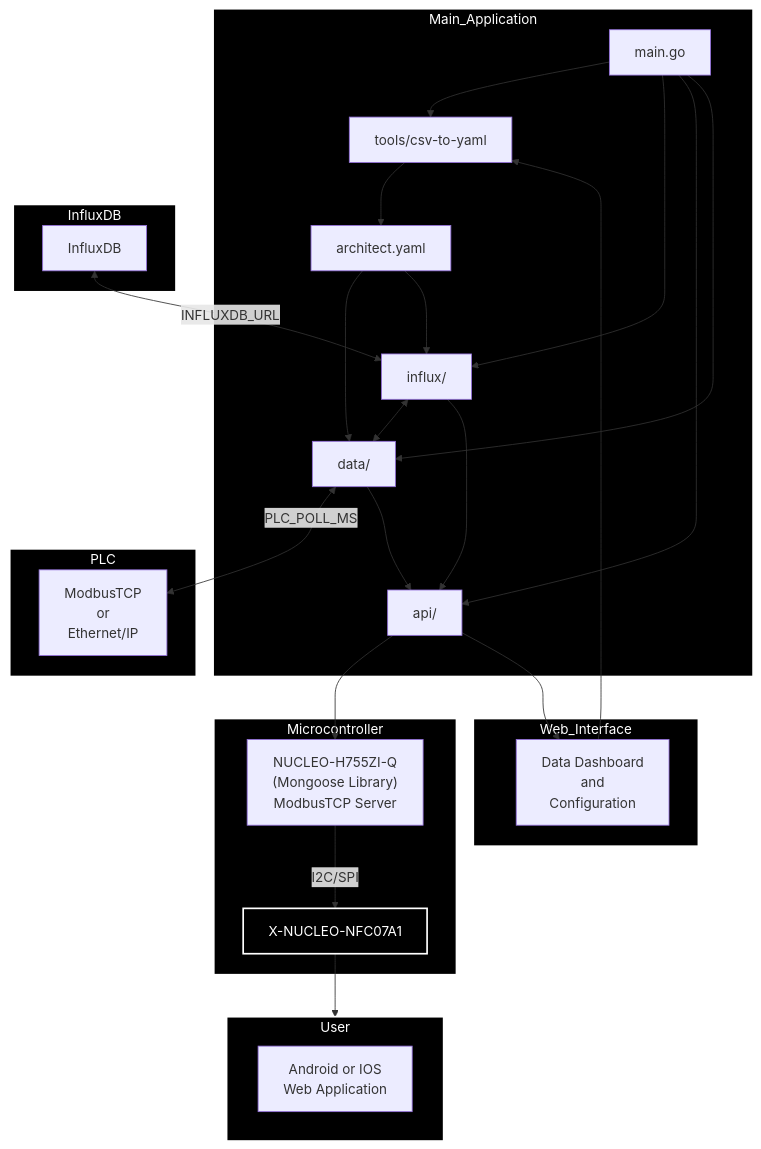
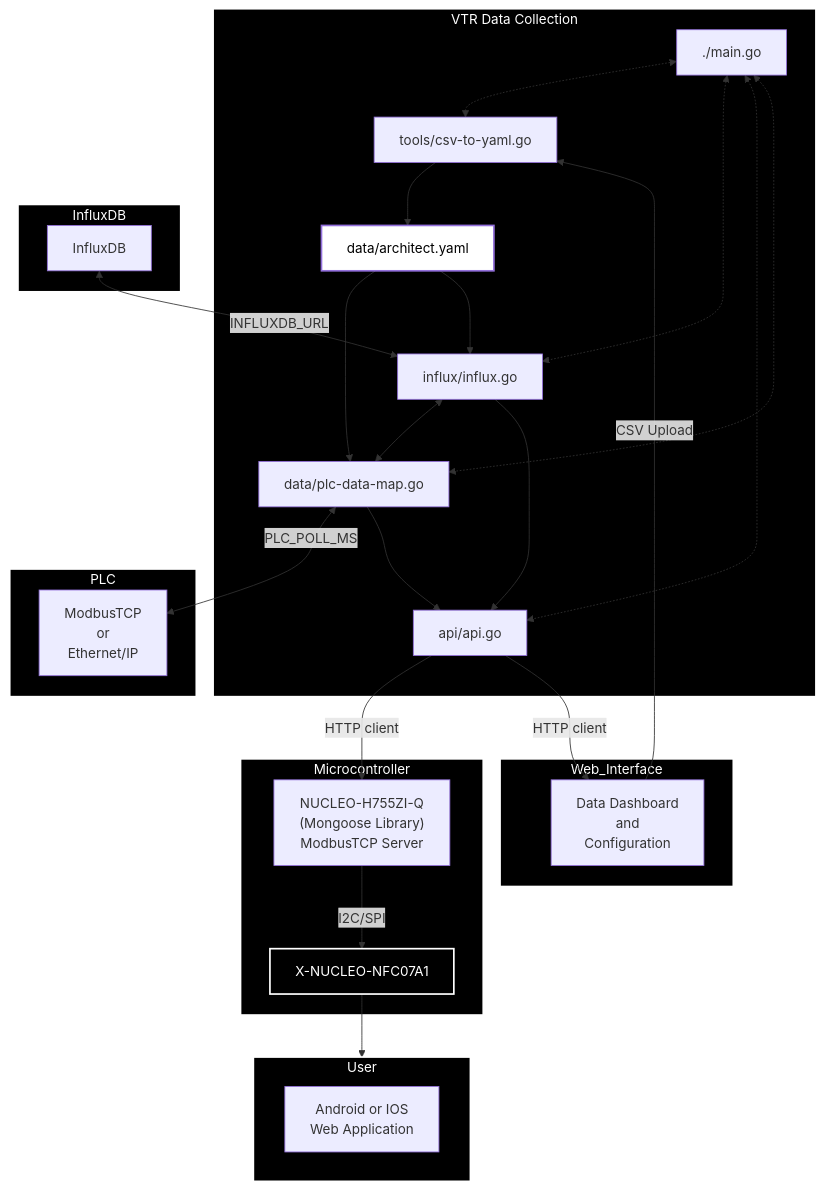
One commit to vtrgo/vtrgo-data-dashboard changed the diagram in MERMAID.md. Above: the diagram before and after it, drawn with Mermaid.

````diff
--- a/MERMAID.md
+++ b/MERMAID.md
@@ -1,66 +1,67 @@
 ```mermaid
 flowchart TD
-    subgraph Main_Application
-        main_go["main.go"]
-        api["api/"]
-        data["data/"]
-        influx["influx/"]
-        tools["tools/csv-to-yaml"]
-        architect_yaml["architect.yaml"]
+    subgraph Architect["VTR Data Collection"]
+        main_go["./main.go"]
+        api["api/api.go"]
+        data["data/plc-data-map.go"]
+        influx["influx/influx.go"]
+        tools["tools/csv-to-yaml.go"]
+        architect_yaml["data/architect.yaml"]
     end
 
     subgraph PLC
         plc_conn["ModbusTCP <br> or <br> Ethernet/IP"]
     end
 
     subgraph InfluxDB
         influxdb["InfluxDB"]
     end
 
     subgraph Web_Interface
         web_config["Data Dashboard <br> and <br> Configuration "]
     end
 
     subgraph Microcontroller
         microcontroller["NUCLEO-H755ZI-Q <br> (Mongoose Library) <br> ModbusTCP Server"]
         NFC["X-NUCLEO-NFC07A1"]
     end
 
     subgraph User
         android["Android or IOS <br>Web Application"]
     end
 
-    main_go --> tools
-    main_go --> influx
-    main_go --> api
-    main_go --> data
+    main_go <-.-> tools
+    main_go <-.-> influx
+    main_go <-.-> api
+    main_go <-.-> data
 
     data <-- "PLC_POLL_MS" --> plc_conn
     data --> api
 
-    api --> microcontroller
-    api --> web_config
+    api -- "HTTP client" --> microcontroller
+    api -- "HTTP client" --> web_config
 
     influxdb <-- "INFLUXDB_URL" --> influx
     influx <--> data
     influx --> api
 
     tools --> architect_yaml
 
     architect_yaml --> data
     architect_yaml --> influx
 
     microcontroller -- "I2C/SPI" --> NFC
 
     NFC --> User
 
-    web_config --> tools
+    web_config -- "CSV Upload" --> tools
 
-    style Main_Application fill:#000,stroke:#fff,color:#fff,stroke-width:2px
+    style Architect fill:#000,stroke:#fff,color:#fff,stroke-width:2px
     style PLC fill:#000,stroke:#fff,color:#fff,stroke-width:2px
     style Web_Interface fill:#000,stroke:#fff,color:#fff,stroke-width:2px
     style InfluxDB fill:#000,stroke:#fff,color:#fff,stroke-width:2px
     style Microcontroller fill:#000,stroke:#fff,color:#fff,stroke-width:2px
     style NFC fill:#000,stroke:#fff,color:#fff,stroke-width:2px
     style User fill:#000,stroke:#fff,color:#fff,stroke-width:2px
+    style architect_yaml fill:#fff, color:#000,stroke-width:2px
 ```
````
